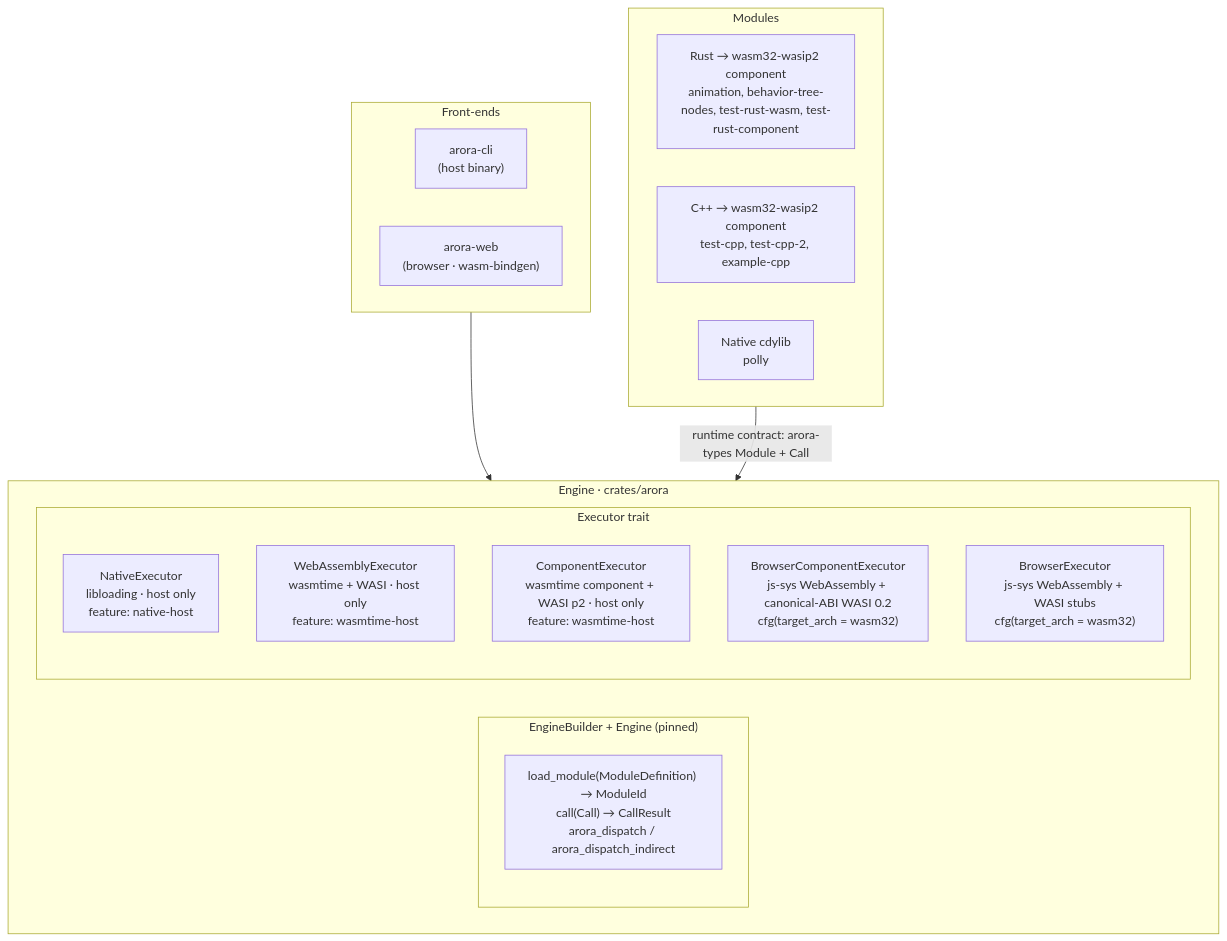
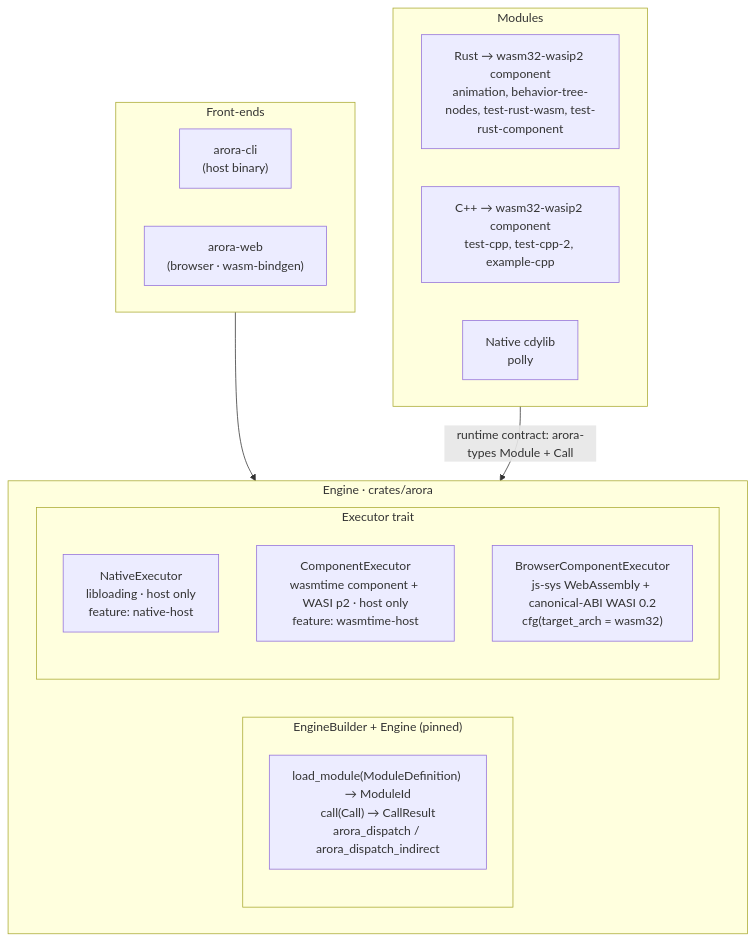
Before and after one commit to semio-ai/arora-sdk: the first of 2 diagrams in docs/architecture.md, drawn with Mermaid. The commit also changed other lines of this file and 41 other files, not shown here.

````diff
--- a/docs/architecture.md
+++ b/docs/architecture.md
@@ -74,29 +74,27 @@
 ```mermaid
 graph TB
     subgraph fe["Front-ends"]
         cli["arora-cli\n(host binary)"]
         web["arora-web\n(browser · wasm-bindgen)"]
     end
 
     subgraph eng["Engine · crates/arora"]
         subgraph engine_api["EngineBuilder + Engine (pinned)"]
             api["load_module(ModuleDefinition) → ModuleId\ncall(Call) → CallResult\narora_dispatch / arora_dispatch_indirect"]
         end
         subgraph executors["Executor trait"]
             native_exec["NativeExecutor\nlibloading · host only\nfeature: native-host"]
-            wasm_exec["WebAssemblyExecutor\nwasmtime + WASI · host only\nfeature: wasmtime-host"]
             component_exec["ComponentExecutor\nwasmtime component + WASI p2 · host only\nfeature: wasmtime-host"]
             browser_component_exec["BrowserComponentExecutor\njs-sys WebAssembly + canonical-ABI WASI 0.2\ncfg(target_arch = wasm32)"]
-            browser_exec["BrowserExecutor\njs-sys WebAssembly + WASI stubs\ncfg(target_arch = wasm32)"]
         end
     end
 
     subgraph mods["Modules"]
         rust_component["Rust → wasm32-wasip2 component\nanimation, behavior-tree-nodes, test-rust-wasm, test-rust-component"]
         cpp_component["C++ → wasm32-wasip2 component\ntest-cpp, test-cpp-2, example-cpp"]
         native_cdylib["Native cdylib\npolly"]
     end
 
     fe --> eng
     mods -->|"runtime contract: arora-types Module + Call"| eng
 ```
````
